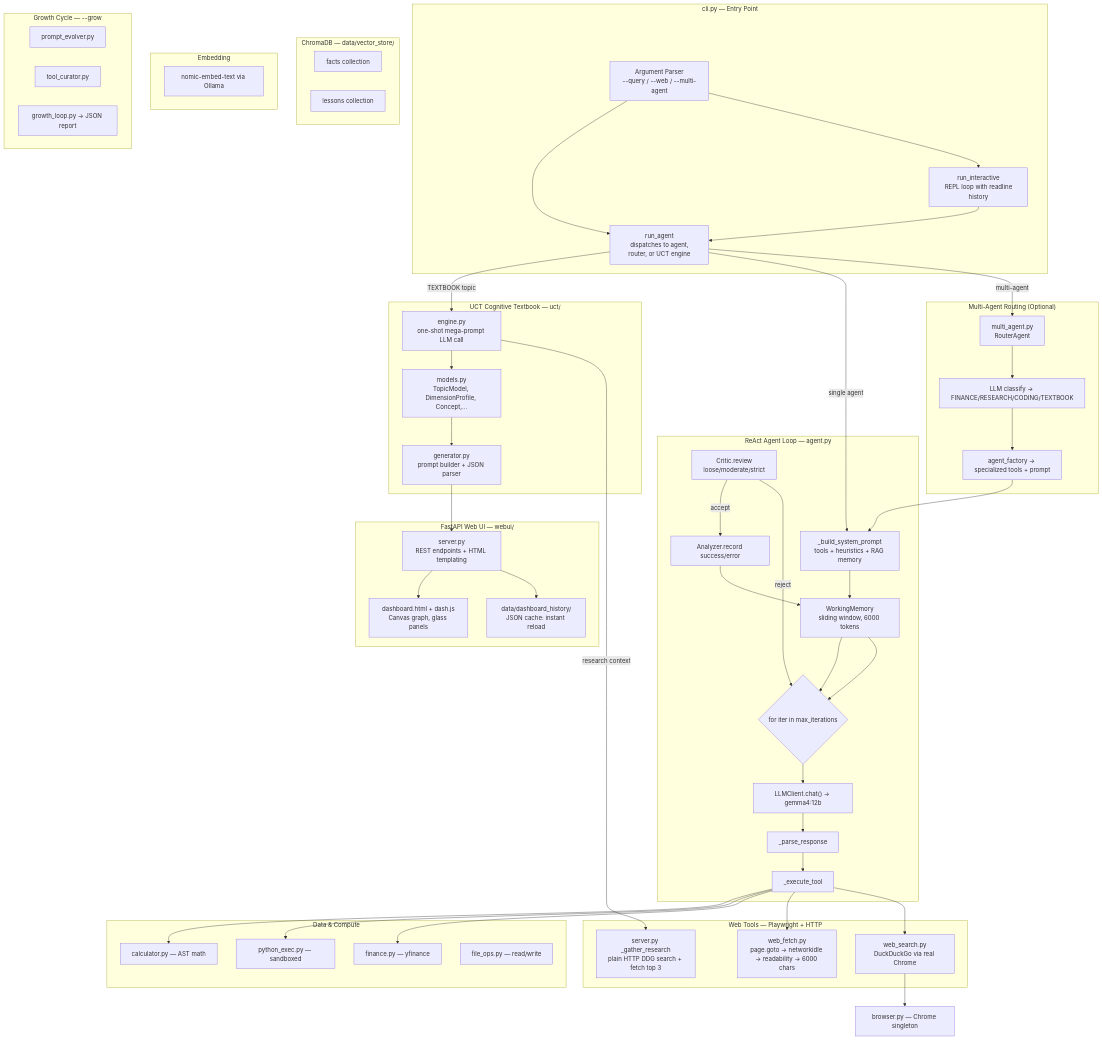
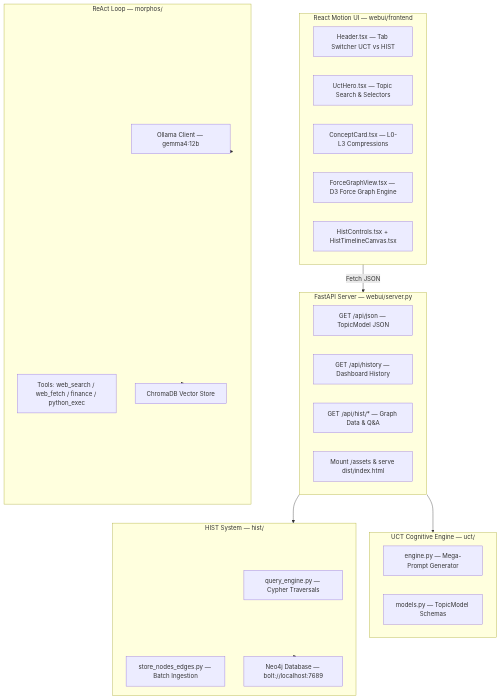
The diagram in README.md (kbi101/20260624), drawn with Mermaid before and after one commit. The commit also changed other lines of this file and 49 other files, not shown here.

Commit message:
feat: implement Phase 008 React Motion UI, HIST D3 Force Graph, and Neo4j hardening

````diff
--- a/README.md
+++ b/README.md
@@ -107,80 +121,41 @@
 ```mermaid
 flowchart TB
-    subgraph CLI["cli.py — Entry Point"]
-        ARG["Argument Parser<br/>--query / --web / --multi-agent"]
-        INT["run_interactive<br/> REPL loop with readline history"]
-        RAG["run_agent<br/> dispatches to agent, router, or UCT engine"]
+    subgraph SPA["React Motion UI — webui/frontend"]
+        HEADER["Header.tsx — Tab Switcher UCT vs HIST"]
+        HERO["UctHero.tsx — Topic Search & Selectors"]
+        CARDS["ConceptCard.tsx — L0-L3 Compressions"]
+        GRAPH["ForceGraphView.tsx — D3 Force Graph Engine"]
+        HIST_UI["HistControls.tsx + HistTimelineCanvas.tsx"]
     end
 
-    subgraph ROUTING["Multi-Agent Routing (Optional)"]
-        RA["multi_agent.py<br/>RouterAgent"]
-        CLASS["LLM classify → FINANCE/RESEARCH/CODING/TEXTBOOK"]
-        SUBF["agent_factory → specialized tools + prompt"]
+    subgraph BACKEND["FastAPI Server — webui/server.py"]
+        API1["GET /api/json — TopicModel JSON"]
+        API2["GET /api/history — Dashboard History"]
+        API3["GET /api/hist/* — Graph Data & Q&A"]
+        DIST["Mount /assets & serve dist/index.html"]
     end
 
-    subgraph CORE["ReAct Agent Loop — agent.py"]
-        SYS["_build_system_prompt<br/>tools + heuristics + RAG memory"]
-        WM["WorkingMemory<br/>sliding window, 6000 tokens"]
-        REACT{"for iter in max_iterations"}
-        LLM1["LLMClient.chat() → gemma4:12b"]
-        PARSE["_parse_response"]
-        EXEC["_execute_tool"]
-        CRIT["Critic.review<br/>loose/moderate/strict"]
-        ANAL["Analyzer.record success/error"]
+    subgraph UCT["UCT Cognitive Engine — uct/"]
+        UCE["engine.py — Mega-Prompt Generator"]
+        UCM["models.py — TopicModel Schemas"]
     end
 
-    subgraph WEB_TOOLS["Web Tools — Playwright + HTTP"]
-        WS["web_search.py<br/>DuckDuckGo via real Chrome"]
-        WF["web_fetch.py<br/>page.goto → networkidle → readability → 6000 chars"]
-        SRCH["server.py _gather_research<br/>plain HTTP DDG search + fetch top 3"]
+    subgraph HIST["HIST System — hist/"]
+        HQE["query_engine.py — Cypher Traversals"]
+        HDS["store_nodes_edges.py — Batch Ingestion"]
+        NEO["Neo4j Database — bolt://localhost:7689"]
     end
 
-    subgraph UCT["UCT Cognitive Textbook — uct/"]
-        UCE["engine.py<br/>one-shot mega-prompt LLM call"]
-        UCM["models.py<br/>TopicModel, DimensionProfile, Concept,..."]
-        GEN["generator.py<br/>prompt builder + JSON parser"]
+    subgraph CORE["ReAct Loop — morphos/"]
+        LLM["Ollama Client — gemma4:12b"]
+        TOOLS["Tools: web_search / web_fetch / finance / python_exec"]
+        VECTOR["ChromaDB Vector Store"]
     end
 
-    subgraph WEBUI["FastAPI Web UI — webui/"]
-        S1["server.py<br/>REST endpoints + HTML templating"]
-        S2["dashboard.html + dash.js<br/>Canvas graph, glass panels"]
-        CACHE["data/dashboard_history/<br/>JSON cache: instant reload"]
-    end
-
-    subgraph DATA_TOOLS["Data & Compute"]
-        FIN["finance.py — yfinance"] 
-        PYE["python_exec.py — sandboxed"]
-        CALC["calculator.py — AST math"]
-        FOP["file_ops.py — read/write"]
-    end
-
-    subgraph MEMORY["ChromaDB — data/vector_store/"]
-        FC["facts collection"]
-        LC["lessons collection"]
-    end
-
-    subgraph EMBED["Embedding"]
-        OM["nomic-embed-text via Ollama"]
-    end
-
-    subgraph GROWTH["Growth Cycle — --grow"]
-        PE["prompt_evolver.py"]
-        TC["tool_curator.py"]
-        GL["growth_loop.py → JSON report"]
-    end
-
-    ARG --> INT; ARG --> RAG
-    INT --> RAG
-    RAG -->|"multi-agent"| RA --> CLASS --> SUBF --> SYS
-    RAG -->|"single agent"| SYS
-    RAG -->|"TEXTBOOK topic"| UCE
-    SYS --> WM --> REACT --> LLM1 --> PARSE --> EXEC
-    EXEC --> WS; EXEC --> WF; EXEC --> FIN; EXEC --> PYE; EXEC --> CALC
-    WS --> BM["browser.py — Chrome singleton"]
-    CRIT -->|"reject"| REACT; CRIT -->|"accept"| ANAL --> WM --> REACT
-
-    UCE -->|"research context"| SRCH
-    UCE --> UCM --> GEN --> S1
-    S1 --> CACHE
-    S1 --> S2
+    SPA -->|Fetch JSON| BACKEND
+    BACKEND --> UCT
+    BACKEND --> HIST
+    HIST --> NEO
+    CORE --> VECTOR
+    CORE --> LLM
 ```
````
